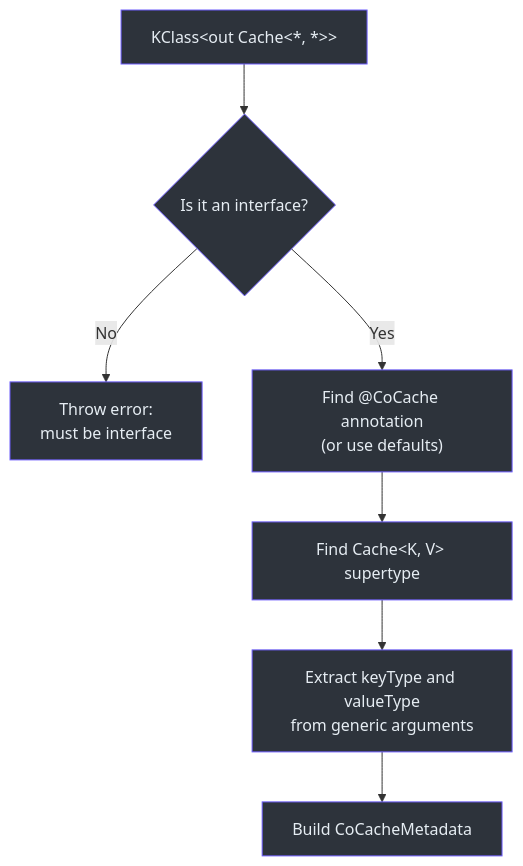
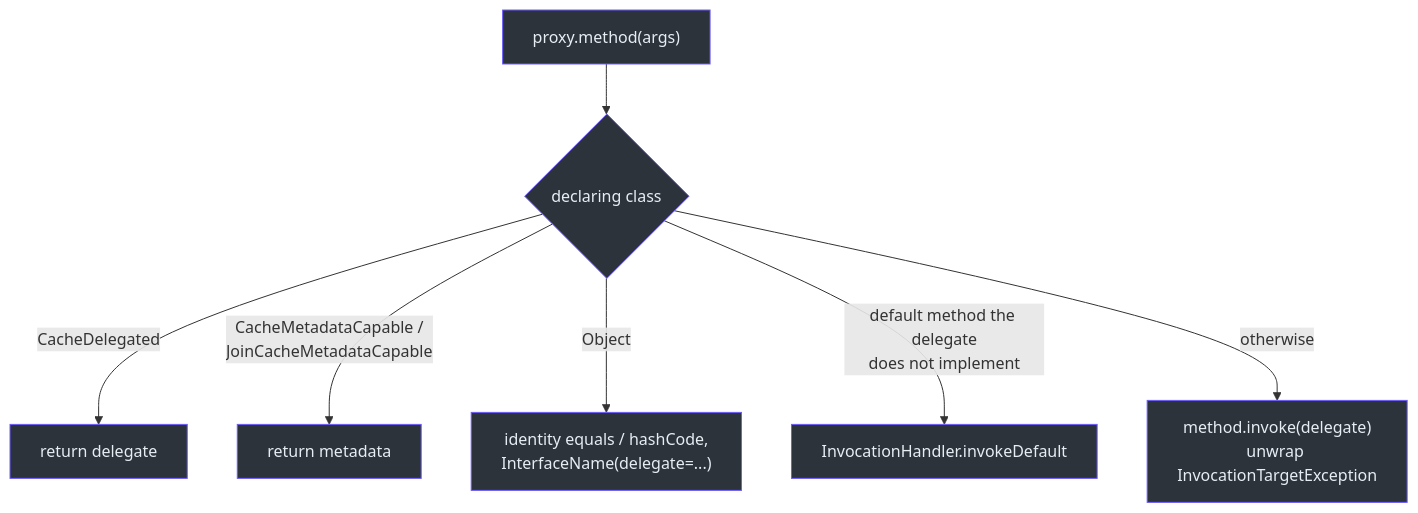
One commit to Ahoo-Wang/CoCache changed the second of 3 diagrams in wiki/architecture/proxy.md. Above: the diagram before and after it, drawn with Mermaid. The commit also changed other lines of this file and 256 other files, not shown here.

````diff
--- a/wiki/architecture/proxy.md
+++ b/wiki/architecture/proxy.md
@@ -163,18 +59,17 @@
 ```mermaid
 flowchart TD
-    Input["KClass&lt;out Cache&lt;*, *&gt;&gt;"] --> IsInterface{"Is it an interface?"}
-    IsInterface -->|No| Error["Throw error:<br>must be interface"]
-    IsInterface -->|Yes| FindAnnotation["Find @CoCache annotation<br>(or use defaults)"]
-    FindAnnotation --> FindSuper["Find Cache&lt;K, V&gt; supertype"]
-    FindSuper --> ExtractTypes["Extract keyType and valueType<br>from generic arguments"]
-    ExtractTypes --> BuildMetadata["Build CoCacheMetadata"]
+    Call["proxy.method(args)"] --> D{"declaring class"}
+    D -->|CacheDelegated| Del["return delegate"]
+    D -->|"CacheMetadataCapable /<br>JoinCacheMetadataCapable"| Meta["return metadata"]
+    D -->|Object| Obj["identity equals / hashCode,<br>InterfaceName(delegate=...)"]
+    D -->|"default method the delegate<br>does not implement"| Def["InvocationHandler.invokeDefault"]
+    D -->|otherwise| Inv["method.invoke(delegate)<br>unwrap InvocationTargetException"]
 
-    style Input fill:#2d333b,stroke:#6d5dfc,color:#e6edf3
-    style IsInterface fill:#2d333b,stroke:#6d5dfc,color:#e6edf3
-    style Error fill:#2d333b,stroke:#6d5dfc,color:#e6edf3
-    style FindAnnotation fill:#2d333b,stroke:#6d5dfc,color:#e6edf3
-    style FindSuper fill:#2d333b,stroke:#6d5dfc,color:#e6edf3
-    style ExtractTypes fill:#2d333b,stroke:#6d5dfc,color:#e6edf3
-    style BuildMetadata fill:#2d333b,stroke:#6d5dfc,color:#e6edf3
-
+    style Call fill:#2d333b,stroke:#6d5dfc,color:#e6edf3
+    style D fill:#2d333b,stroke:#6d5dfc,color:#e6edf3
+    style Del fill:#2d333b,stroke:#6d5dfc,color:#e6edf3
+    style Meta fill:#2d333b,stroke:#6d5dfc,color:#e6edf3
+    style Obj fill:#2d333b,stroke:#6d5dfc,color:#e6edf3
+    style Def fill:#2d333b,stroke:#6d5dfc,color:#e6edf3
+    style Inv fill:#2d333b,stroke:#6d5dfc,color:#e6edf3
 ```
````
